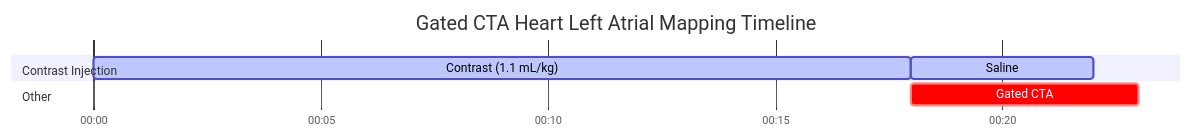
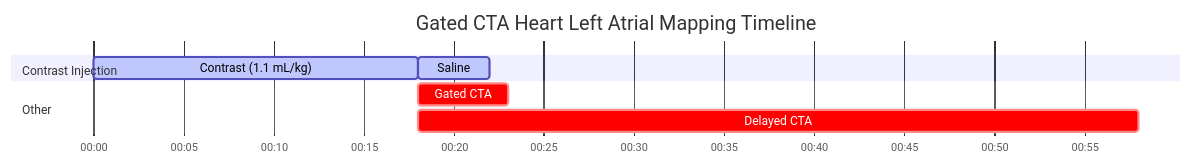
One commit to dfergs93/radiology-protocols changed the diagram in docs/ct/cardiac/gated-cta-heart-left-atrial-mapping.md. Above: the diagram before and after it, drawn with Mermaid. The commit also changed other lines of this file and 25 other files, not shown here.

````diff
--- a/docs/ct/cardiac/gated-cta-heart-left-atrial-mapping.md
+++ b/docs/ct/cardiac/gated-cta-heart-left-atrial-mapping.md
@@ -85,18 +86,19 @@
   ```mermaid
   ---
   displayMode: compact
   config:
     theme: default
     themeCSS: " #Saline{ fill: #4ed5ff; stroke: #2094f3; } "
   ---
     gantt
       title Gated CTA Heart Left Atrial Mapping Timeline
       dateFormat mm:ss
       axisFormat %M:%S 
       
       section Contrast Injection
       Contrast (1.1 mL/kg)    :active, contrast, 00:00, 18s
       Saline          :active, saline, after contrast, 4s
       section Other
       Gated CTA    :crit, scan1, after contrast, 5s
+      Delayed CTA    :crit, scan2, after contrast, 40s
   ```
````
